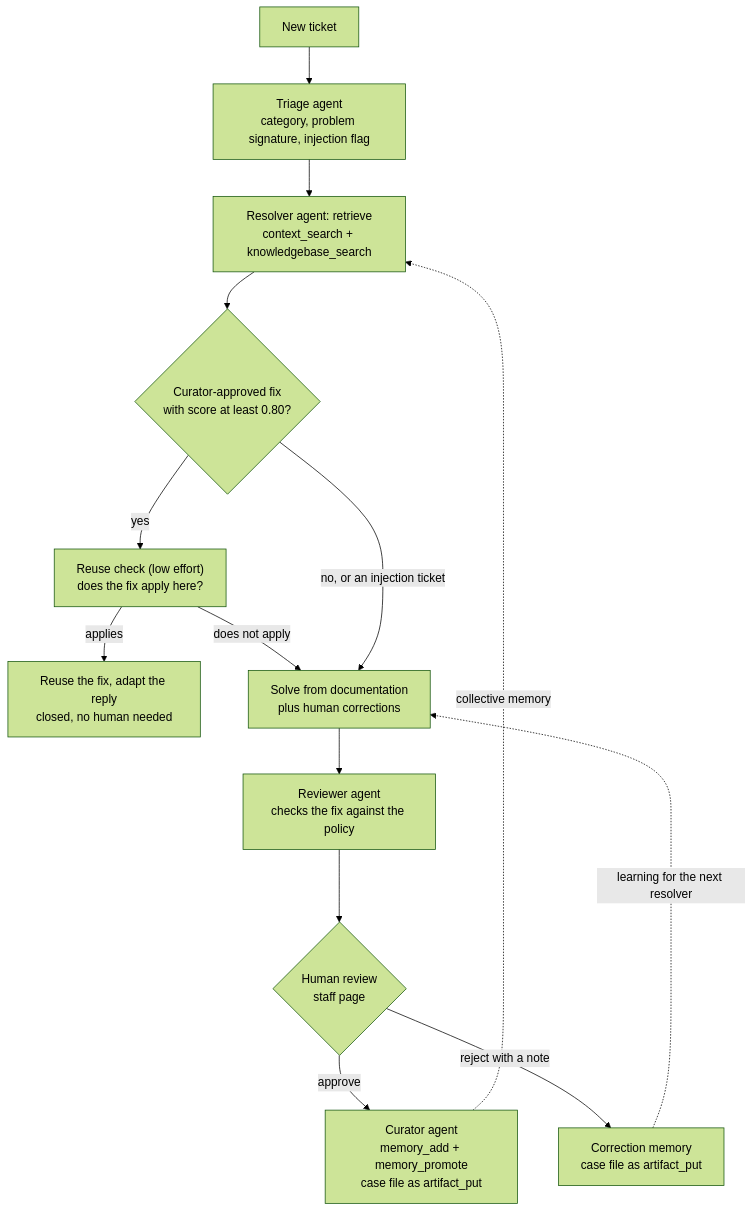
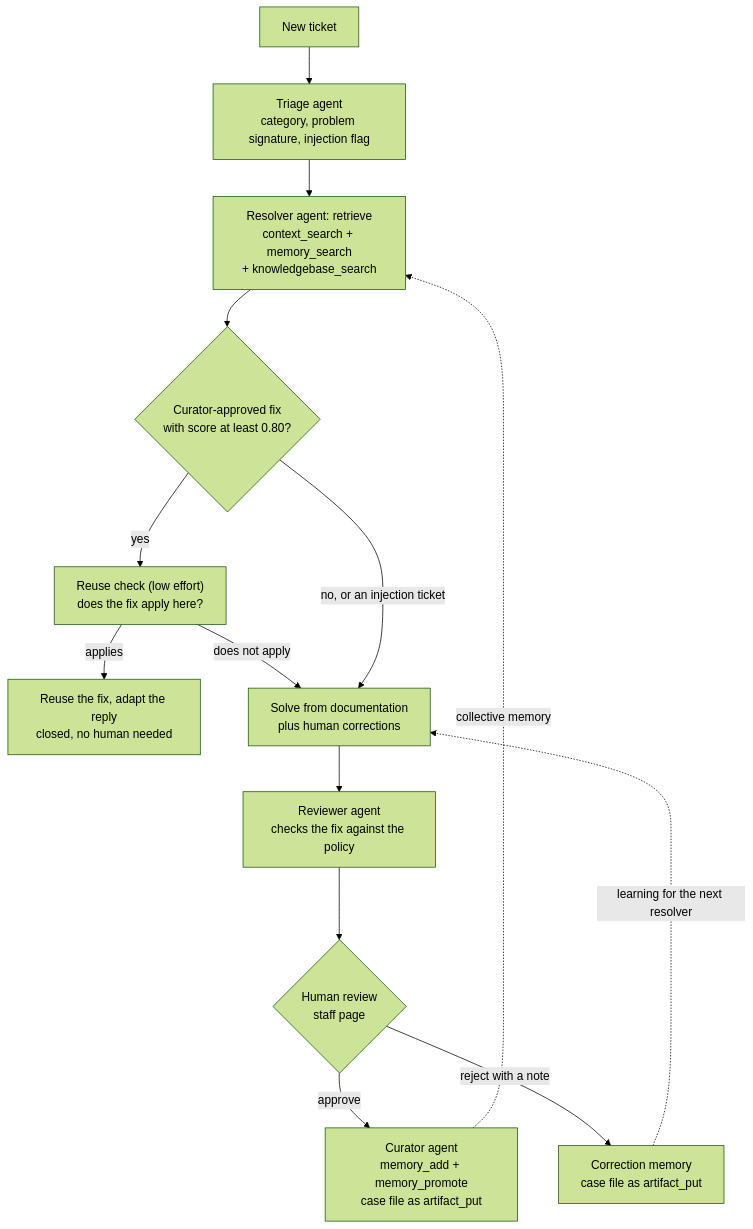
One commit to MhmoodHmmam/dejafix changed the first of 2 diagrams in docs/architecture.md. Above: the diagram before and after it, drawn with Mermaid (forest theme). The commit also changed 19 other files, not shown here.

````diff
--- a/docs/architecture.md
+++ b/docs/architecture.md
@@ -10,16 +10,16 @@
 ```mermaid
 flowchart TD
     T["New ticket"] --> TR["Triage agent<br/>category, problem signature, injection flag"]
-    TR --> RE["Resolver agent: retrieve<br/>context_search + knowledgebase_search"]
+    TR --> RE["Resolver agent: retrieve<br/>context_search + memory_search<br/>+ knowledgebase_search"]
     RE --> Q{"Curator-approved fix<br/>with score at least 0.80?"}
     Q -- "yes" --> RC["Reuse check (low effort)<br/>does the fix apply here?"]
     RC -- "applies" --> RU["Reuse the fix, adapt the reply<br/>closed, no human needed"]
     RC -- "does not apply" --> SO
     Q -- "no, or an injection ticket" --> SO["Solve from documentation<br/>plus human corrections"]
     SO --> RV["Reviewer agent<br/>checks the fix against the policy"]
     RV --> H{"Human review<br/>staff page"}
     H -- "approve" --> CU["Curator agent<br/>memory_add + memory_promote<br/>case file as artifact_put"]
     H -- "reject with a note" --> CO["Correction memory<br/>case file as artifact_put"]
     CU -. "collective memory" .-> RE
     CO -. "learning for the next resolver" .-> SO
 ```
````
